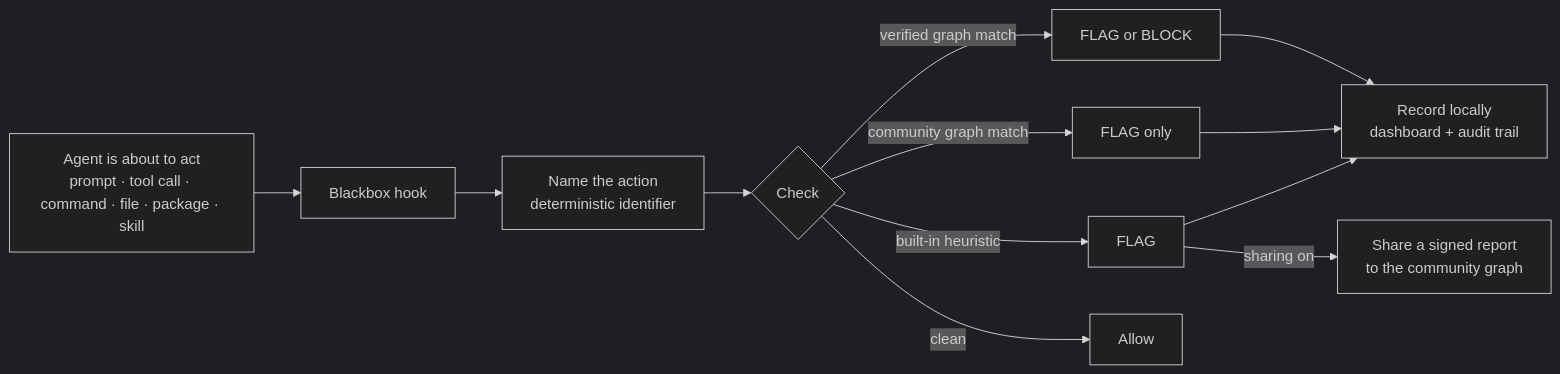
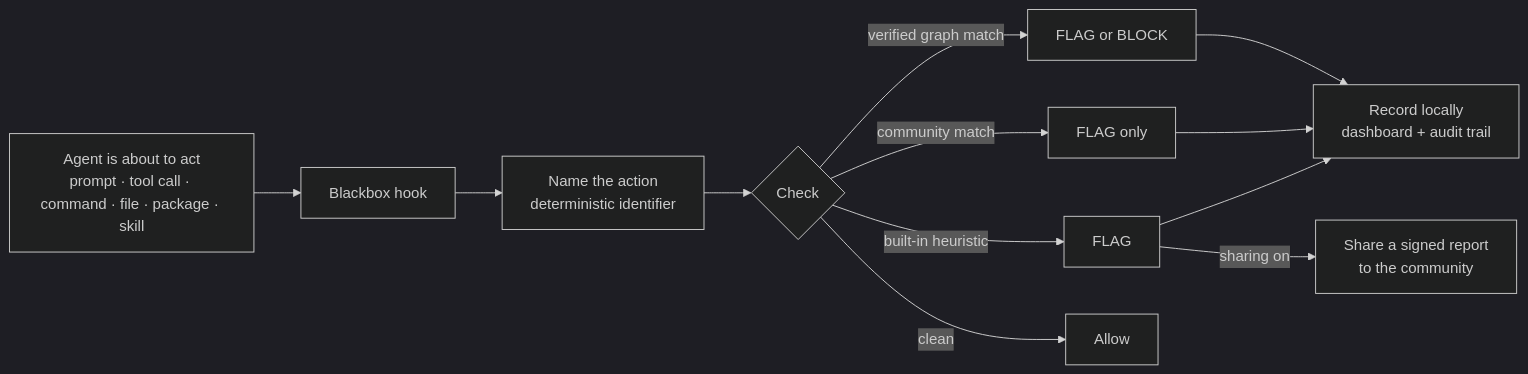
Before and after one commit to umanitek/agent-blackbox: the first of 5 diagrams in README.md, drawn with Mermaid (dark theme). The commit also changed other lines of this file and 1 other file, not shown here.

````diff
--- a/README.md
+++ b/README.md
@@ -77,12 +206,12 @@
 ```mermaid
 flowchart LR
     A[Agent is about to act<br/>prompt · tool call · command · file · package · skill] --> B[Blackbox hook]
     B --> C[Name the action<br/>deterministic identifier]
     C --> D{Check}
     D -->|verified graph match| E[FLAG or BLOCK]
-    D -->|community graph match| F[FLAG only]
+    D -->|community match| F[FLAG only]
     D -->|built-in heuristic| G[FLAG]
     D -->|clean| H[Allow]
     E & F & G --> I[Record locally<br/>dashboard + audit trail]
-    G -->|sharing on| J[Share a signed report<br/>to the community graph]
+    G -->|sharing on| J[Share a signed report<br/>to the community]
 ```
````
